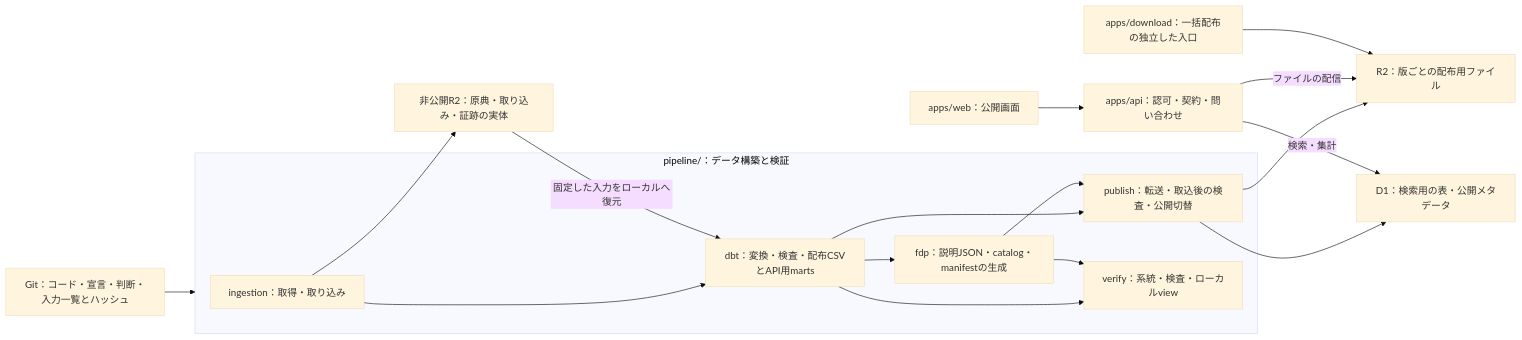
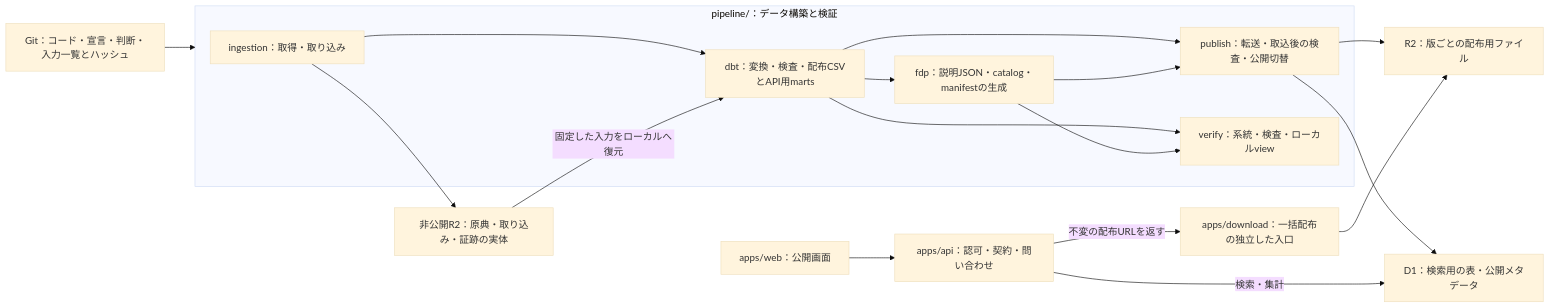
One commit to wwwyo/fudoki changed the diagram in docs/design-doc-monorepo.md. Above: the diagram before and after it, drawn with Mermaid (base theme). The commit also changed other lines of this file, not shown here.

Commit message:
docs(architecture): 配信の重複と公開手順の曖昧さを解消

````diff
--- a/docs/design-doc-monorepo.md
+++ b/docs/design-doc-monorepo.md
@@ -26,20 +26,21 @@
 ```mermaid
 flowchart LR
   subgraph Pipeline["pipeline/：データ構築と検証"]
     I["ingestion：取得・取り込み"] --> D["dbt：変換・検査・配布CSVとAPI用marts"]
     D --> F["fdp：説明JSON・catalog・manifestの生成"]
     D --> P["publish：転送・取込後の検査・公開切替"]
     F --> P
     D --> V["verify：系統・検査・ローカルview"]
     F --> V
   end
   G["Git：コード・宣言・判断・入力一覧とハッシュ"] --> Pipeline
   I --> N["非公開R2：原典・取り込み・証跡の実体"]
   N -->|固定した入力をローカルへ復元| D
   P --> R["R2：版ごとの配布用ファイル"]
   P --> Q["D1：検索用の表・公開メタデータ"]
-  A["apps/api：認可・契約・問い合わせ"] -->|ファイルの配信| R
+  A["apps/api：認可・契約・問い合わせ"]
   A -->|検索・集計| Q
   B["apps/download：一括配布の独立した入口"] --> R
+  A -->|不変の配布URLを返す| B
   W["apps/web：公開画面"] --> A
 ```
````
